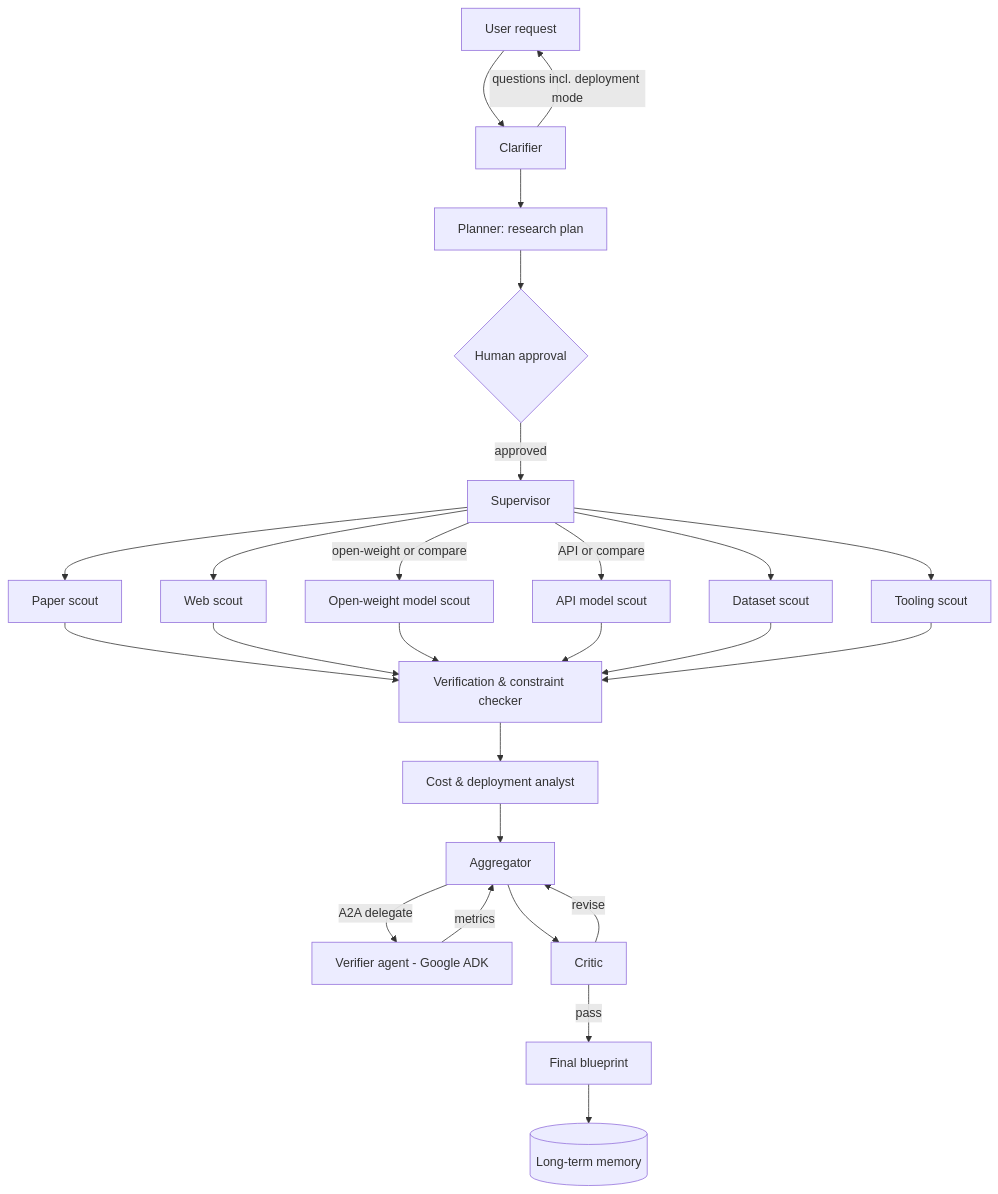
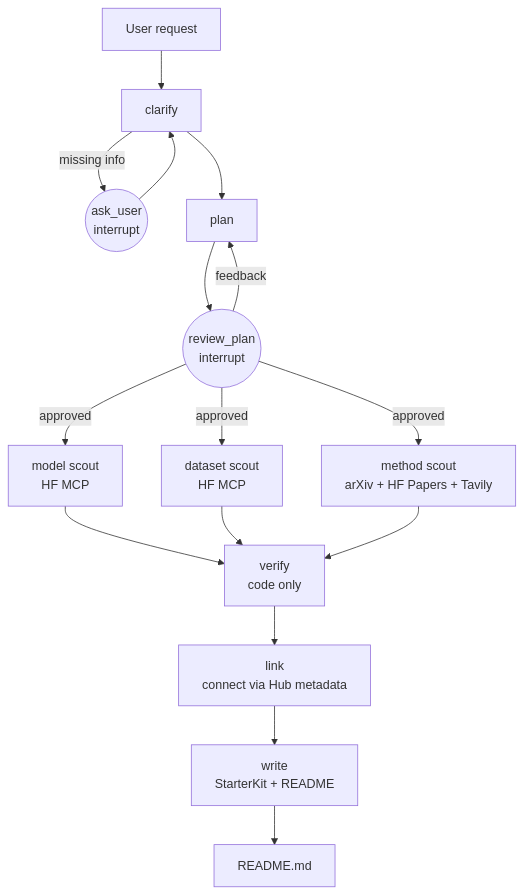
One commit to 2910Abhishek/HubScout changed the diagram in docs/HubScout_Project_Card.md. Above: the diagram before and after it, drawn with Mermaid. The commit also changed other lines of this file and 2 other files, not shown here.

First line of the commit message:
docs: rewrite project card as v1.0 for the starter-kit scope

````diff
--- a/docs/HubScout_Project_Card.md
+++ b/docs/HubScout_Project_Card.md
@@ -272,28 +281,17 @@
 ```mermaid
 flowchart TD
-    U[User request] --> C[Clarifier]
-    C -->|questions incl. deployment mode| U
-    C --> P[Planner: research plan]
-    P --> H{Human approval}
-    H -->|approved| S[Supervisor]
-    S --> PS[Paper scout]
-    S --> WS[Web scout]
-    S -->|open-weight or compare| OM[Open-weight model scout]
-    S -->|API or compare| AM[API model scout]
-    S --> DS[Dataset scout]
-    S --> TS[Tooling scout]
-    PS --> VC[Verification & constraint checker]
-    WS --> VC
-    OM --> VC
-    AM --> VC
-    DS --> VC
-    TS --> VC
-    VC --> CA[Cost & deployment analyst]
-    CA --> AGG[Aggregator]
-    AGG -->|A2A delegate| V[Verifier agent - Google ADK]
-    V -->|metrics| AGG
-    AGG --> CR[Critic]
-    CR -->|revise| AGG
-    CR -->|pass| B[Final blueprint]
-    B --> M[(Long-term memory)]
+    U[User request] --> C[clarify]
+    C -- missing info --> Q((ask_user<br/>interrupt)) --> C
+    C --> P[plan]
+    P --> R((review_plan<br/>interrupt))
+    R -- feedback --> P
+    R -- approved --> MS[model scout<br/>HF MCP]
+    R -- approved --> DS[dataset scout<br/>HF MCP]
+    R -- approved --> ME[method scout<br/>arXiv + HF Papers + Tavily]
+    MS --> V[verify<br/>code only]
+    DS --> V
+    ME --> V
+    V --> L[link<br/>connect via Hub metadata]
+    L --> W[write<br/>StarterKit + README]
+    W --> O[README.md]
 ```
````
